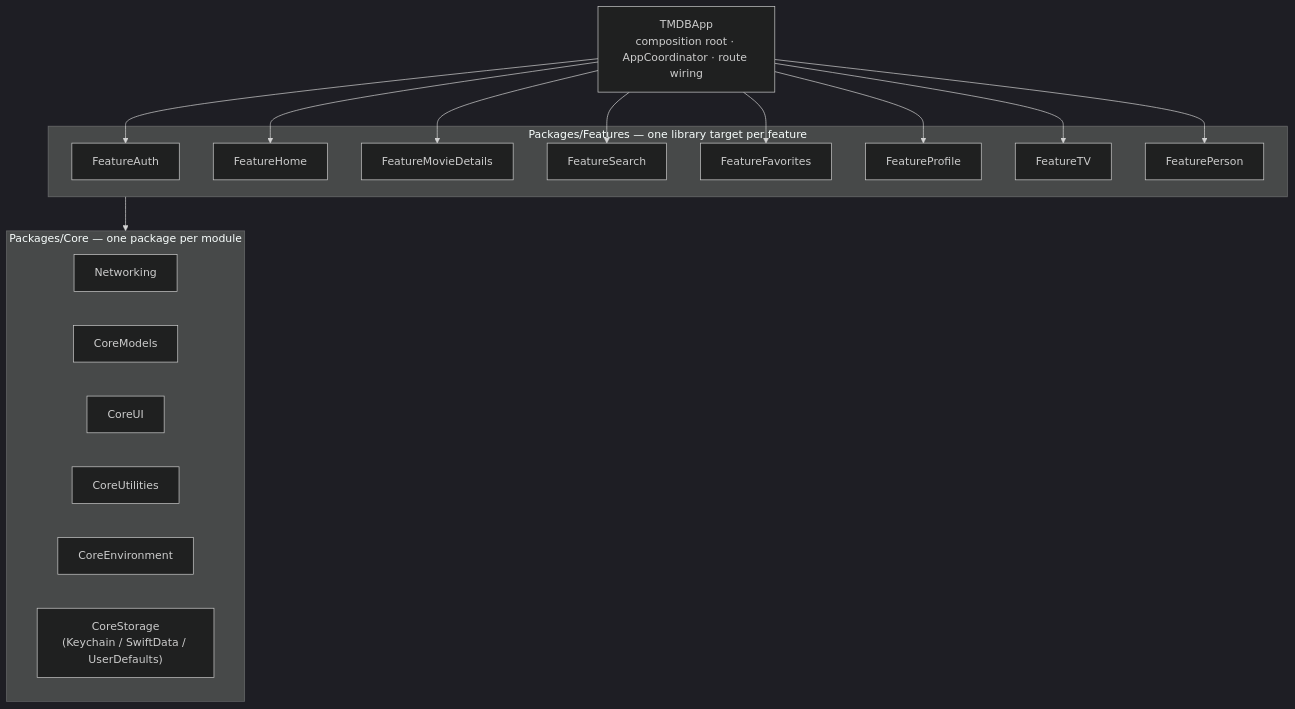
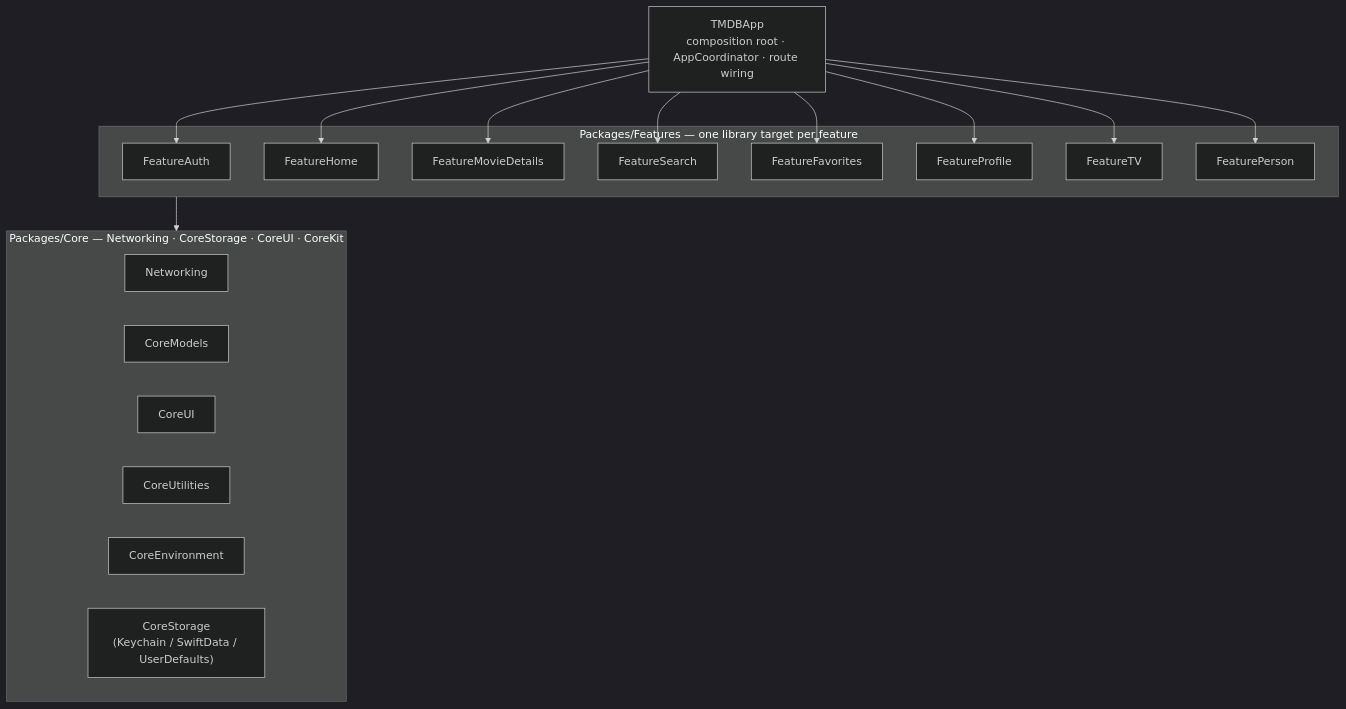
The second of 2 diagrams in README.md (AhmedRaslan2022/TMDB_2026), drawn with Mermaid (dark theme) before and after one commit. The commit also changed other lines of this file and 28 other files, not shown here.

````diff
--- a/README.md
+++ b/README.md
@@ -59,29 +59,29 @@
 ```mermaid
 graph TD
     App["TMDBApp<br/>composition root · AppCoordinator · route wiring"]
 
     App --> FeatureAuth & FeatureHome & FeatureMovieDetails & FeatureSearch
     App --> FeatureFavorites & FeatureProfile & FeatureTV & FeaturePerson
 
     subgraph Features ["Packages/Features — one library target per feature"]
         FeatureAuth
         FeatureHome
         FeatureMovieDetails
         FeatureSearch
         FeatureFavorites
         FeatureProfile
         FeatureTV
         FeaturePerson
     end
 
     Features --> Core
 
-    subgraph Core ["Packages/Core — one package per module"]
+    subgraph Core ["Packages/Core — Networking · CoreStorage · CoreUI · CoreKit"]
         Networking
         CoreModels
         CoreUI
         CoreUtilities
         CoreEnvironment
         CoreStorage["CoreStorage<br/>(Keychain / SwiftData / UserDefaults)"]
     end
 ```
````
